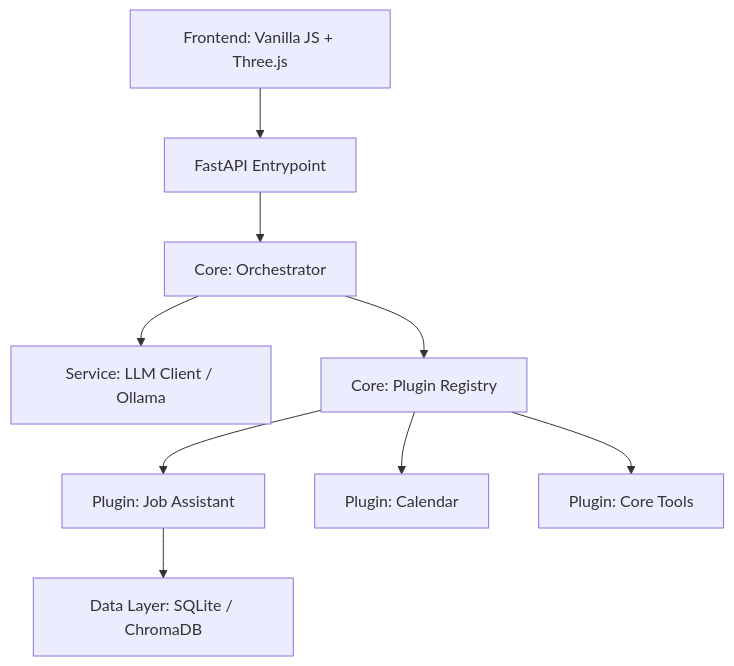
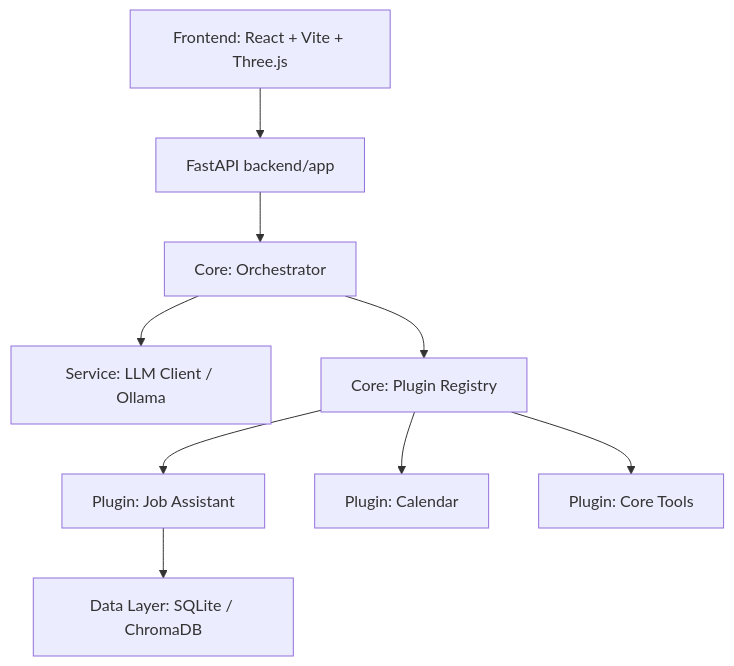
Before and after one commit to maxshushanikov/voxentia-assistant: the diagram in docs/architecture/overview.md, drawn with Mermaid. The commit also changed other lines of this file and 126 other files, not shown here.

````diff
--- a/docs/architecture/overview.md
+++ b/docs/architecture/overview.md
@@ -9,11 +9,11 @@
 ```mermaid
 graph TD
-    UI[Frontend: Vanilla JS + Three.js] --> API[FastAPI Entrypoint]
+    UI[Frontend: React + Vite + Three.js] --> API[FastAPI backend/app]
     API --> ORCH[Core: Orchestrator]
     ORCH --> LLM[Service: LLM Client / Ollama]
     ORCH --> REG[Core: Plugin Registry]
     REG --> P1[Plugin: Job Assistant]
     REG --> P2[Plugin: Calendar]
     REG --> P3[Plugin: Core Tools]
     P1 --> DATA[Data Layer: SQLite / ChromaDB]
 ```
````
